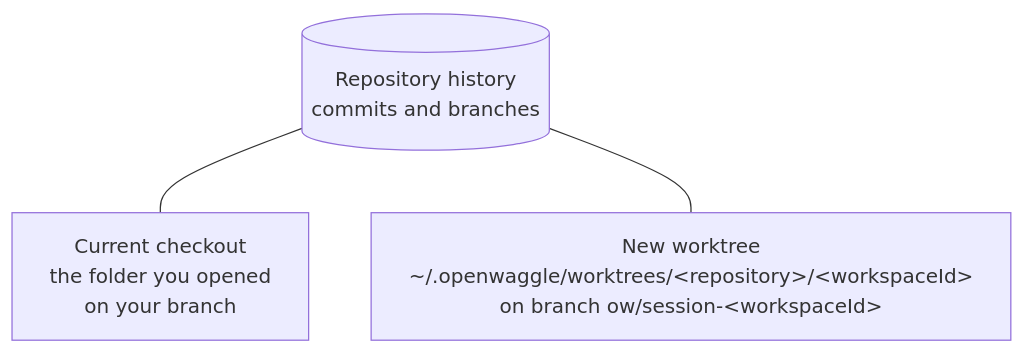
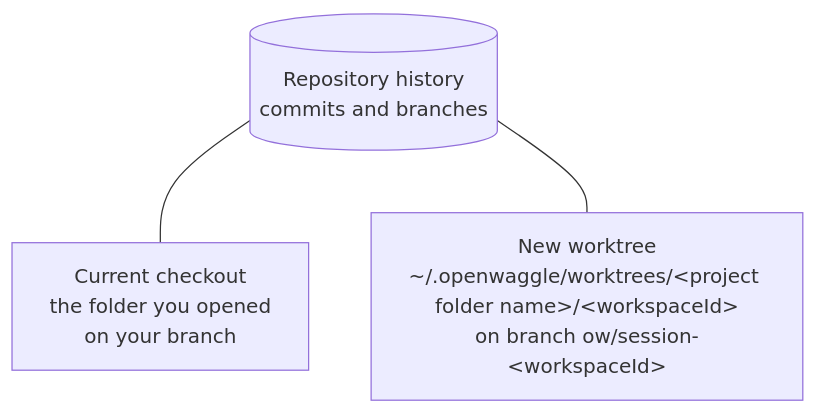
The diagram in website/src/content/docs/developer-workflow/projects-and-worktrees.md (OpenWaggle/OpenWaggle), drawn with Mermaid before and after one commit. The commit also changed 12 other files, not shown here.

First line of the commit message:
docs(website): correct diagrams and claims found in the docs review

````diff
--- a/website/src/content/docs/developer-workflow/projects-and-worktrees.md
+++ b/website/src/content/docs/developer-workflow/projects-and-worktrees.md
@@ -24,8 +24,8 @@
 ```mermaid
 flowchart TD
   repo[("Repository history<br/>commits and branches")]
   checkout["Current checkout<br/>the folder you opened<br/>on your branch"]
-  worktree["New worktree<br/>~/.openwaggle/worktrees/&lt;repository&gt;/&lt;workspaceId&gt;<br/>on branch ow/session-&lt;workspaceId&gt;"]
+  worktree["New worktree<br/>~/.openwaggle/worktrees/&lt;project folder name&gt;/&lt;workspaceId&gt;<br/>on branch ow/session-&lt;workspaceId&gt;"]
   repo --- checkout
   repo --- worktree
 ```
````
